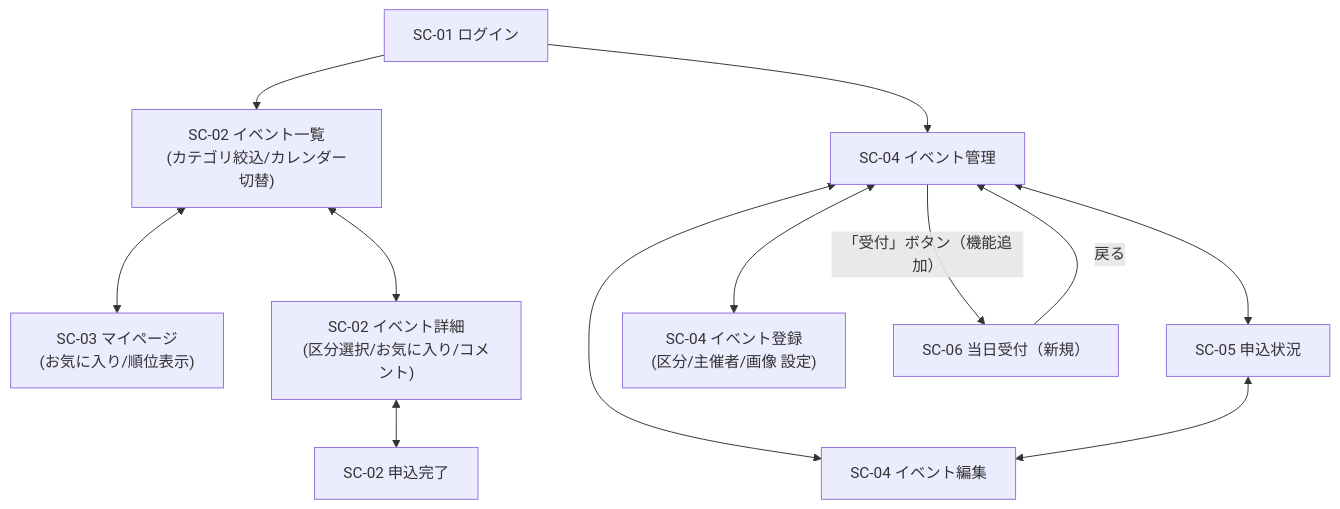
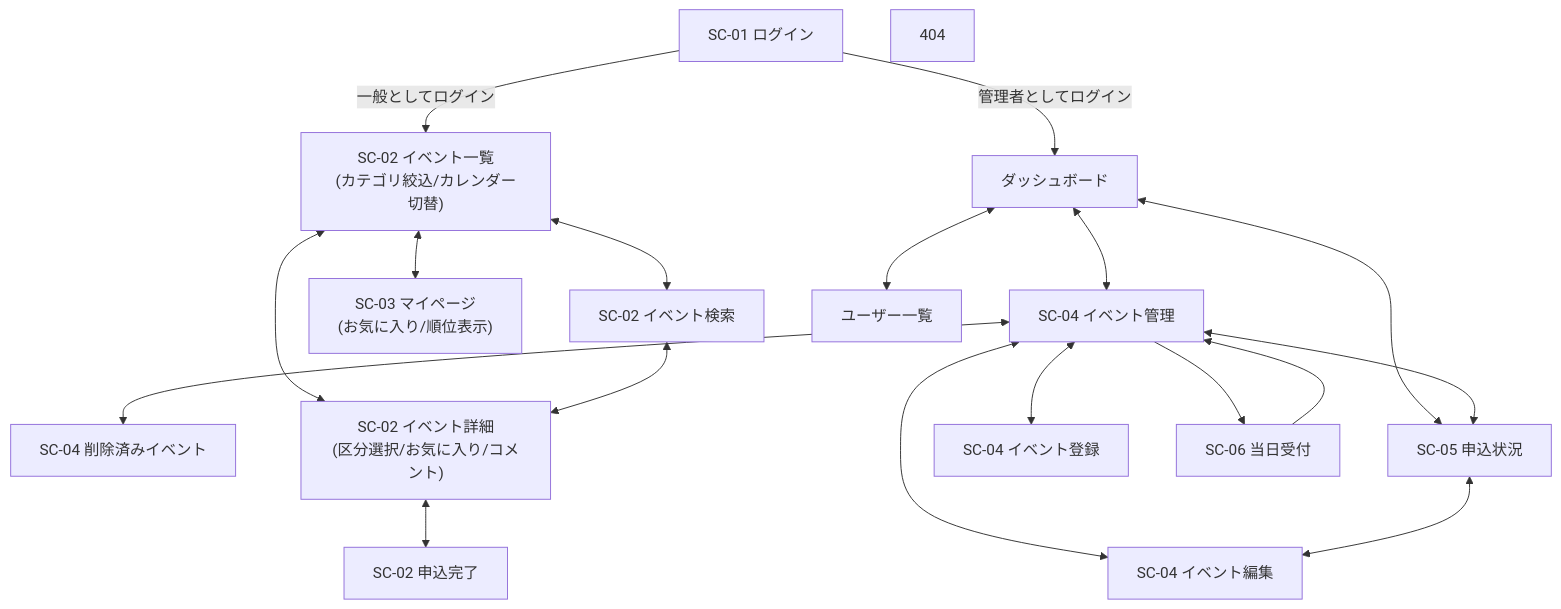
Before and after one commit to sasaki111111/event-application-system: the diagram in docs/design/画面遷移図_v2.0.md, drawn with Mermaid. The commit also changed other lines of this file and 7 other files, not shown here.

````diff
--- a/docs/design/画面遷移図_v2.0.md
+++ b/docs/design/画面遷移図_v2.0.md
@@ -34,25 +36,36 @@
 ```mermaid
 flowchart TD
   Login["SC-01 ログイン"]
   EvList["SC-02 イベント一覧\n(カテゴリ絞込/カレンダー切替)"]
+  EvSearch["SC-02 イベント検索"]
   My["SC-03 マイページ\n(お気に入り/順位表示)"]
+  AdmDash["ダッシュボード"]
   AdmList["SC-04 イベント管理"]
+  AdmDeleted["SC-04 削除済みイベント"]
+  AdmUsers["ユーザー一覧"]
   Report["SC-05 申込状況"]
   EvDetail["SC-02 イベント詳細\n(区分選択/お気に入り/コメント)"]
-  AdmNew["SC-04 イベント登録\n(区分/主催者/画像 設定)"]
+  AdmNew["SC-04 イベント登録"]
   AdmEdit["SC-04 イベント編集"]
   Done["SC-02 申込完了"]
-  Checkin["SC-06 当日受付（新規）"]
+  Checkin["SC-06 当日受付"]
+  NotFound["404"]
 
-  Login --> EvList
-  Login --> AdmList
+  Login -->|一般としてログイン| EvList
+  Login -->|管理者としてログイン| AdmDash
   EvList <--> My
+  EvList <--> EvSearch
+  AdmDash <--> AdmList
+  AdmDash <--> Report
+  AdmDash <--> AdmUsers
   AdmList <--> Report
+  AdmList <--> AdmDeleted
   EvList <--> EvDetail
+  EvSearch <--> EvDetail
   AdmList <--> AdmNew
   AdmList <--> AdmEdit
   Report <--> AdmEdit
   EvDetail <--> Done
-  AdmList -->|"「受付」ボタン（機能追加）"| Checkin
-  Checkin -->|"戻る"| AdmList
+  AdmList --> Checkin
+  Checkin --> AdmList
 ```
````
